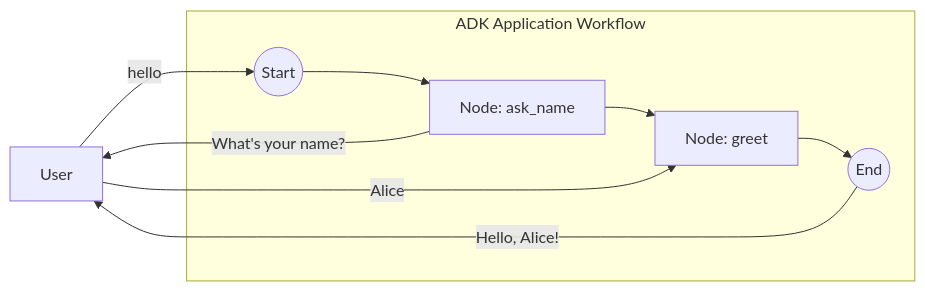
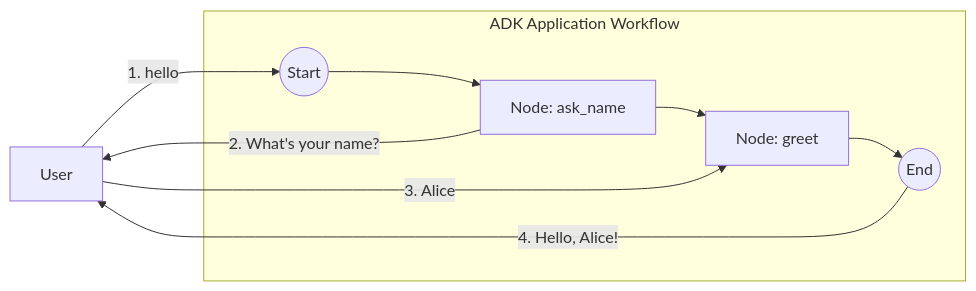
Before and after one commit to google/adk-go: the diagram in examples/workflow/hitl_simple/README.md, drawn with Mermaid. The commit also changed 8 other files, not shown here.

First line of the commit message:
docs(examples/workflow): number diagram edges to show flow order (review feedback)

````diff
--- a/examples/workflow/hitl_simple/README.md
+++ b/examples/workflow/hitl_simple/README.md
@@ -16,13 +16,13 @@
 ```mermaid
 graph LR
     User[User]
     subgraph "ADK Application Workflow"
         Start((Start)) --> N1[Node: ask_name]
         N1 --> N2[Node: greet]
         N2 --> End((End))
     end
-    User -- "hello" --> Start
-    N1 -- "What's your name?" --> User
-    User -- "Alice" --> N2
-    End -- "Hello, Alice!" --> User
+    User -- "1. hello" --> Start
+    N1 -- "2. What's your name?" --> User
+    User -- "3. Alice" --> N2
+    End -- "4. Hello, Alice!" --> User
 ```
````
